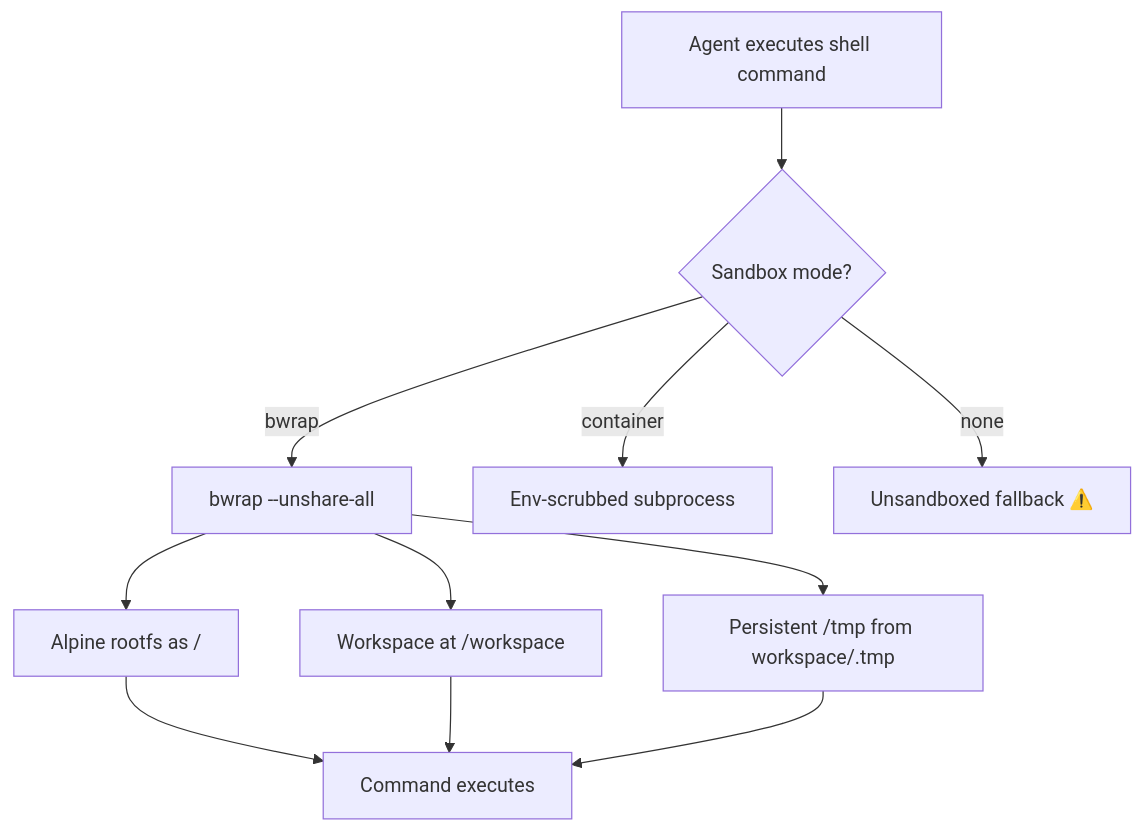
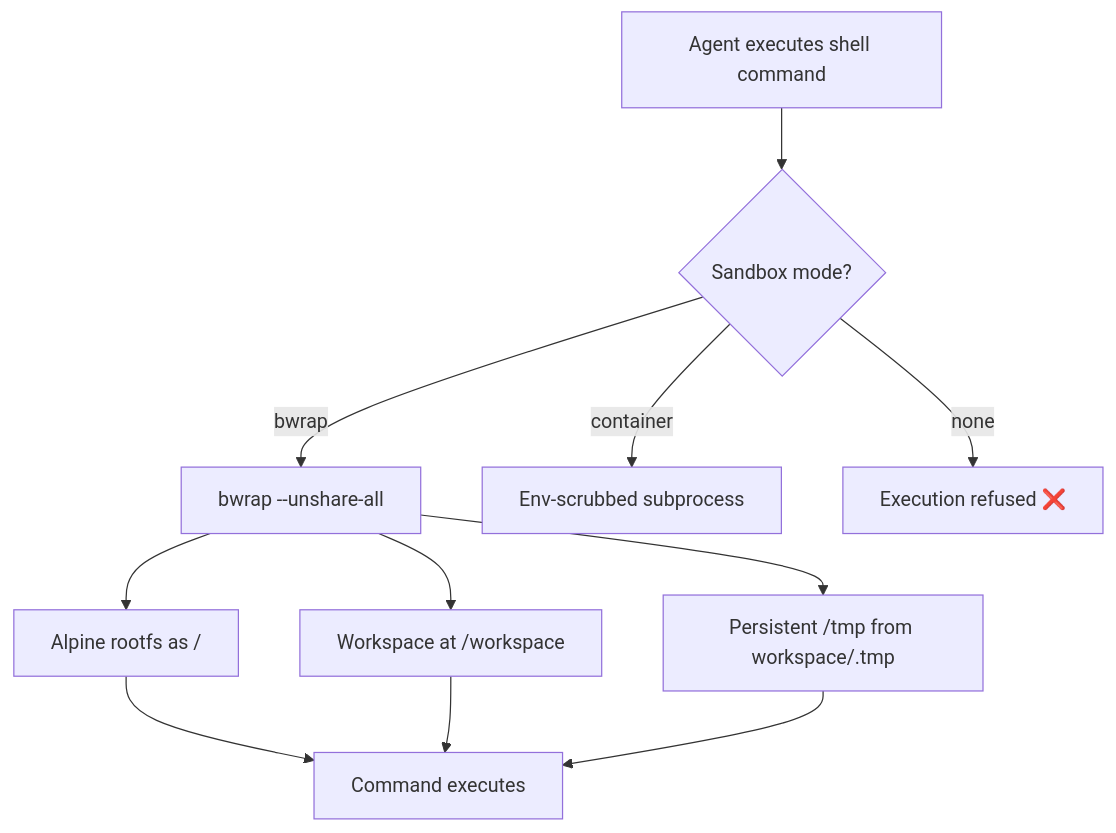
Before and after one commit to theuselessai/Pipelit: the diagram in docs-site/docs/concepts/sandbox.md, drawn with Mermaid. The commit also changed other lines of this file and 58 other files, not shown here.

````diff
--- a/docs-site/docs/concepts/sandbox.md
+++ b/docs-site/docs/concepts/sandbox.md
@@ -13,12 +13,12 @@
 ```mermaid
 flowchart TD
     A[Agent executes shell command] --> B{Sandbox mode?}
     B -->|bwrap| C[bwrap --unshare-all]
     B -->|container| D[Env-scrubbed subprocess]
-    B -->|none| E[Unsandboxed fallback ⚠️]
+    B -->|none| E[Execution refused ❌]
 
     C --> F[Alpine rootfs as /]
     C --> G[Workspace at /workspace]
     C --> H[Persistent /tmp from workspace/.tmp]
     F & G & H --> I[Command executes]
 ```
````
